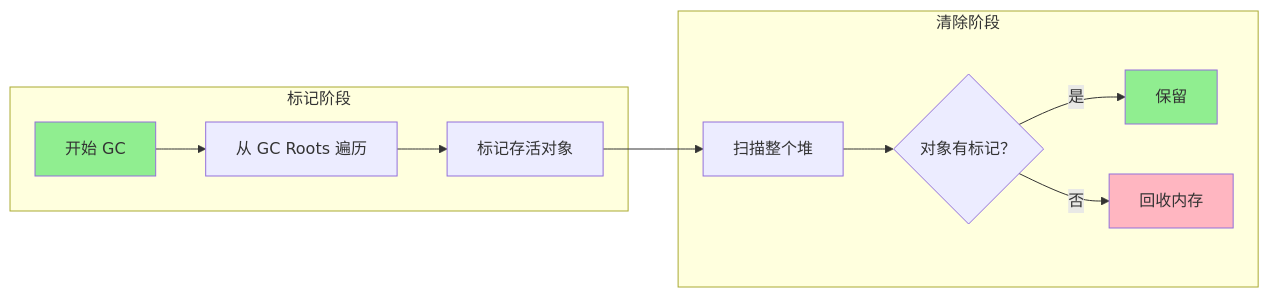
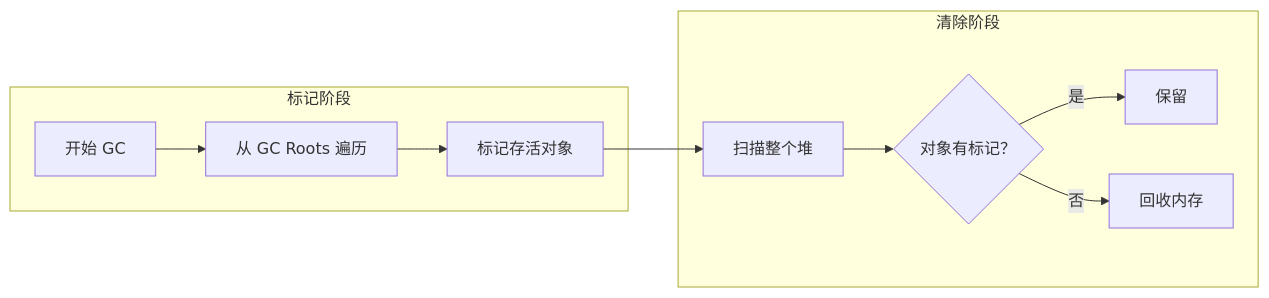
One commit to gelald/javrin changed the second of 5 diagrams in docs/writings/JVM/garbage-collection.md. Above: the diagram before and after it, drawn with Mermaid. The commit also changed other lines of this file and 4 other files, not shown here.

Commit message:
chore(docs): 支持mermaid

````diff
--- a/docs/writings/JVM/garbage-collection.md
+++ b/docs/writings/JVM/garbage-collection.md
@@ -154,18 +144,14 @@
 ```mermaid
 flowchart LR
     subgraph 标记阶段
         A[开始 GC] --> B[从 GC Roots 遍历]
         B --> C[标记存活对象]
     end
 
     subgraph 清除阶段
         C --> D[扫描整个堆]
         D --> E{对象有标记？}
         E -->|是 | F[保留]
         E -->|否 | G[回收内存]
     end
-
-    style A fill:#90EE90
-    style F fill:#90EE90
-    style G fill:#FFB6C1
 ```
````
